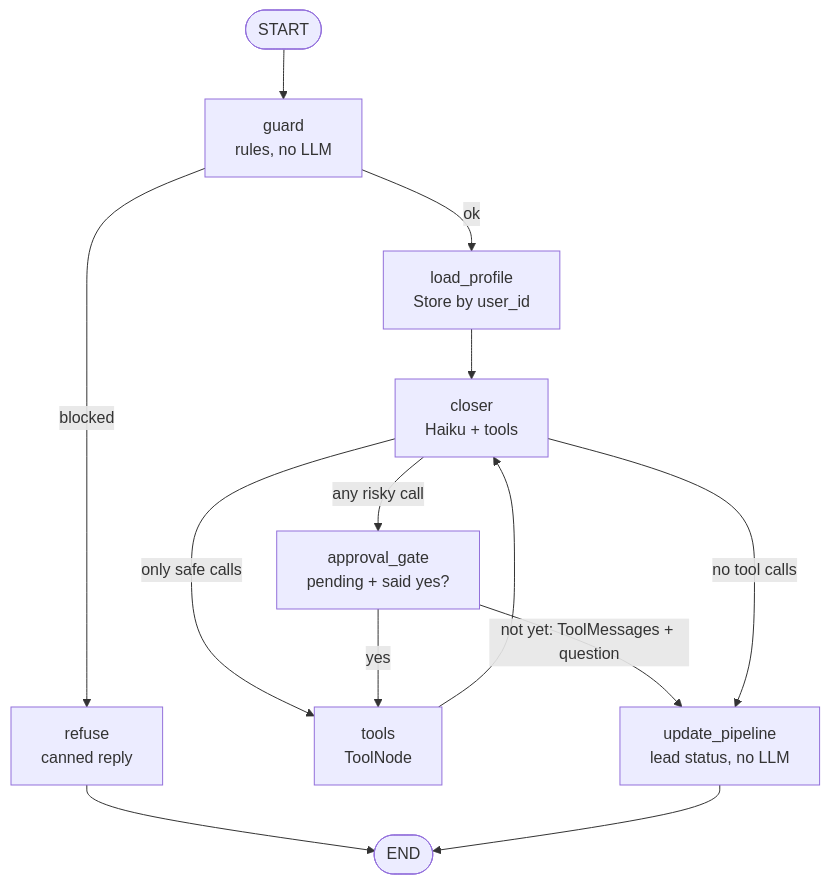
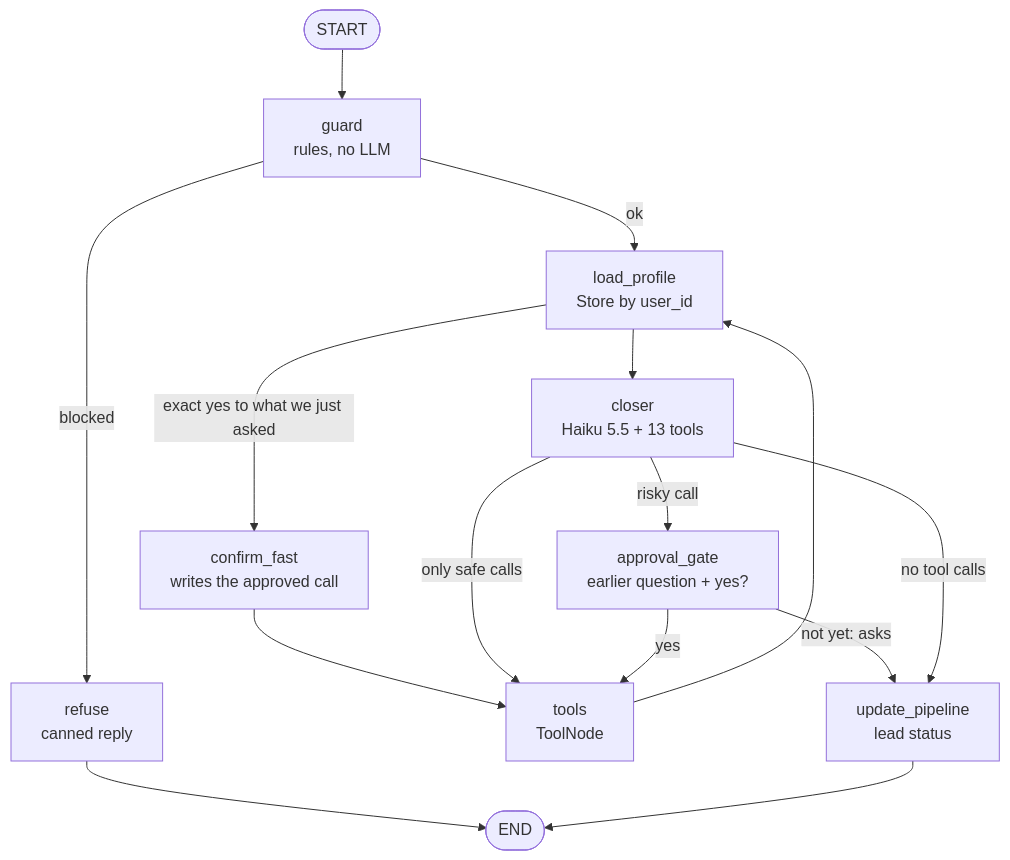
The second of 2 diagrams in PLAN.md (Hadeeed147/propcloser), drawn with Mermaid before and after one commit. The commit also changed other lines of this file and 5 other files, not shown here.

````diff
--- a/PLAN.md
+++ b/PLAN.md
@@ -80,15 +81,17 @@
 ```mermaid
 flowchart TD
     START([START]) --> guard[guard<br/>rules, no LLM]
     guard -->|blocked| refuse[refuse<br/>canned reply]
     refuse --> END([END])
     guard -->|ok| load[load_profile<br/>Store by user_id]
-    load --> closer[closer<br/>Haiku + tools]
-    closer -->|only safe calls| tools[tools<br/>ToolNode]
-    tools --> closer
-    closer -->|any risky call| gate[approval_gate<br/>pending + said yes?]
+    load -->|exact yes to what we just asked| fast[confirm_fast<br/>writes the approved call]
+    fast --> tools[tools<br/>ToolNode]
+    load --> closer[closer<br/>Haiku 5.5 + 13 tools]
+    closer -->|only safe calls| tools
+    tools --> load
+    closer -->|risky call| gate[approval_gate<br/>earlier question + yes?]
     gate -->|yes| tools
-    gate -->|not yet: ToolMessages + question| pipe
-    closer -->|no tool calls| pipe[update_pipeline<br/>lead status, no LLM]
+    gate -->|not yet: asks| pipe[update_pipeline<br/>lead status]
+    closer -->|no tool calls| pipe
     pipe --> END
 ```
````
